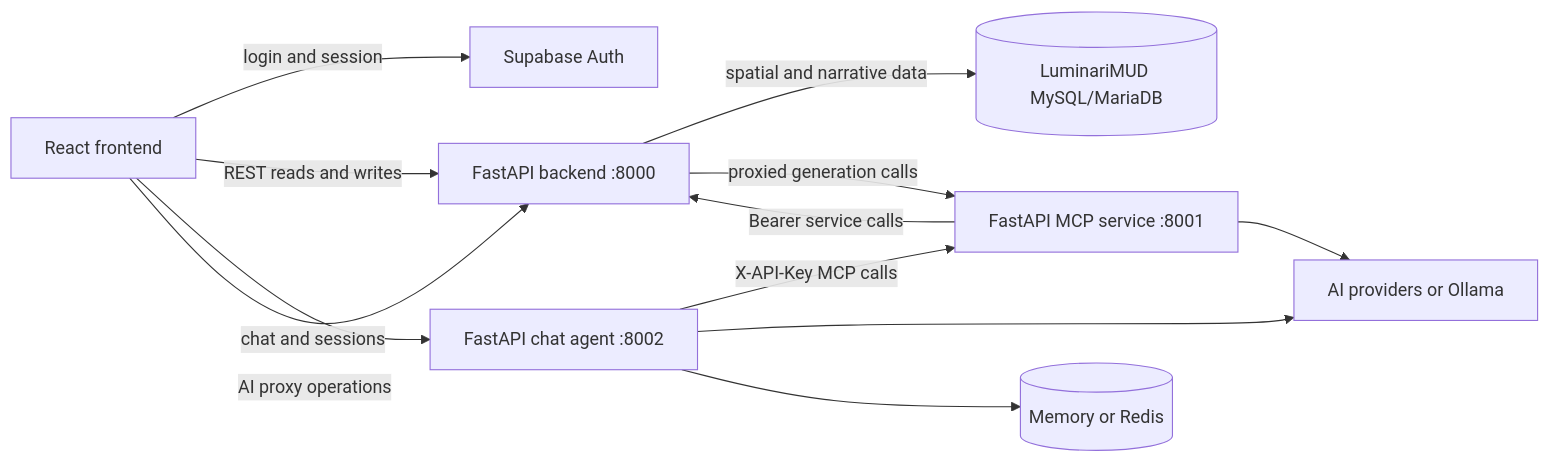
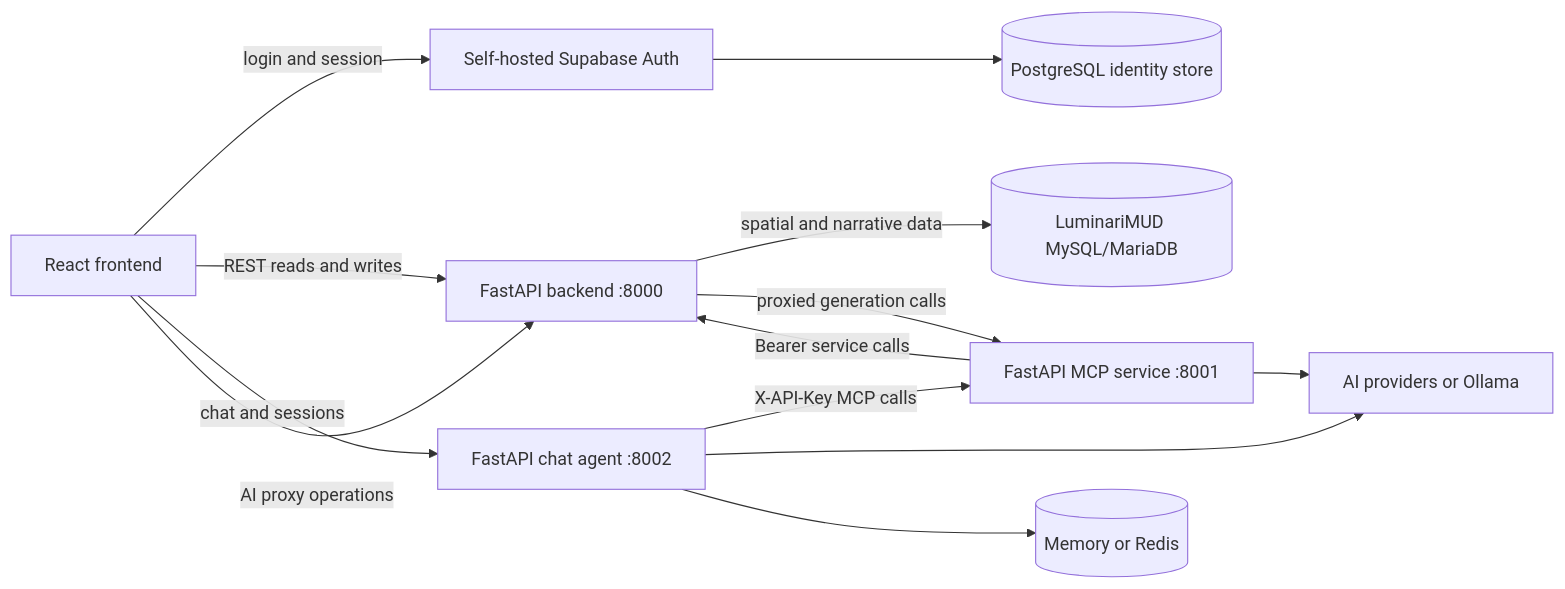
The diagram in docs/architecture.md (LuminariMUD/wildeditor), drawn with Mermaid before and after one commit. The commit also changed other lines of this file and 14 other files, not shown here.

Commit message:
docs: preserve self-hosted auth architecture

````diff
--- a/docs/architecture.md
+++ b/docs/architecture.md
@@ -7,23 +7,25 @@
 ```mermaid
 flowchart LR
     browser[React frontend]
-    auth[Supabase Auth]
+    auth[Self-hosted Supabase Auth]
+    postgres[(PostgreSQL identity store)]
     backend[FastAPI backend :8000]
     mcp[FastAPI MCP service :8001]
     agent[FastAPI chat agent :8002]
     mysql[(LuminariMUD MySQL/MariaDB)]
     sessions[(Memory or Redis)]
     providers[AI providers or Ollama]
 
     browser -->|login and session| auth
+    auth --> postgres
     browser -->|REST reads and writes| backend
     browser -->|chat and sessions| agent
     browser -->|AI proxy operations| backend
     backend -->|spatial and narrative data| mysql
     backend -->|proxied generation calls| mcp
     agent -->|X-API-Key MCP calls| mcp
     mcp -->|Bearer service calls| backend
     mcp --> providers
     agent --> providers
     agent --> sessions
 ```
````
